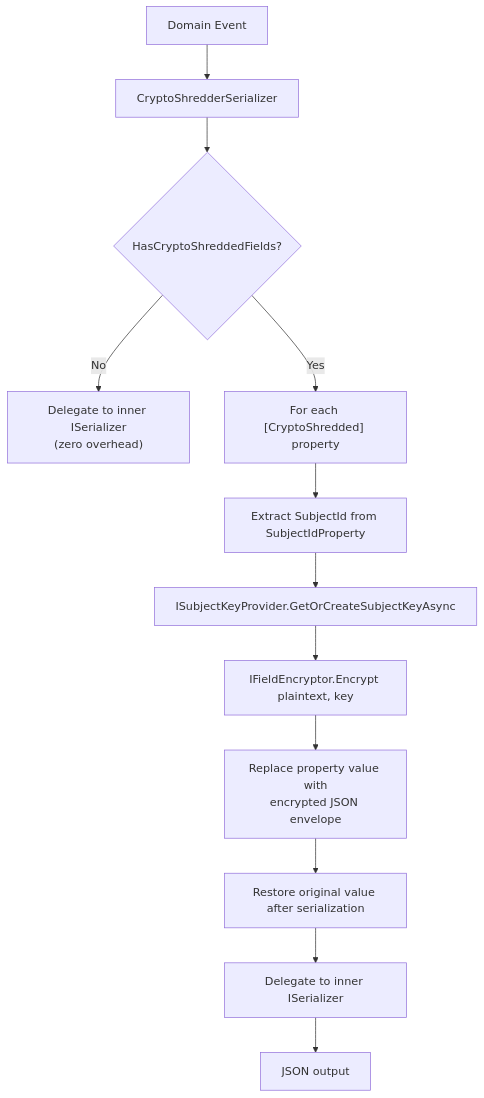
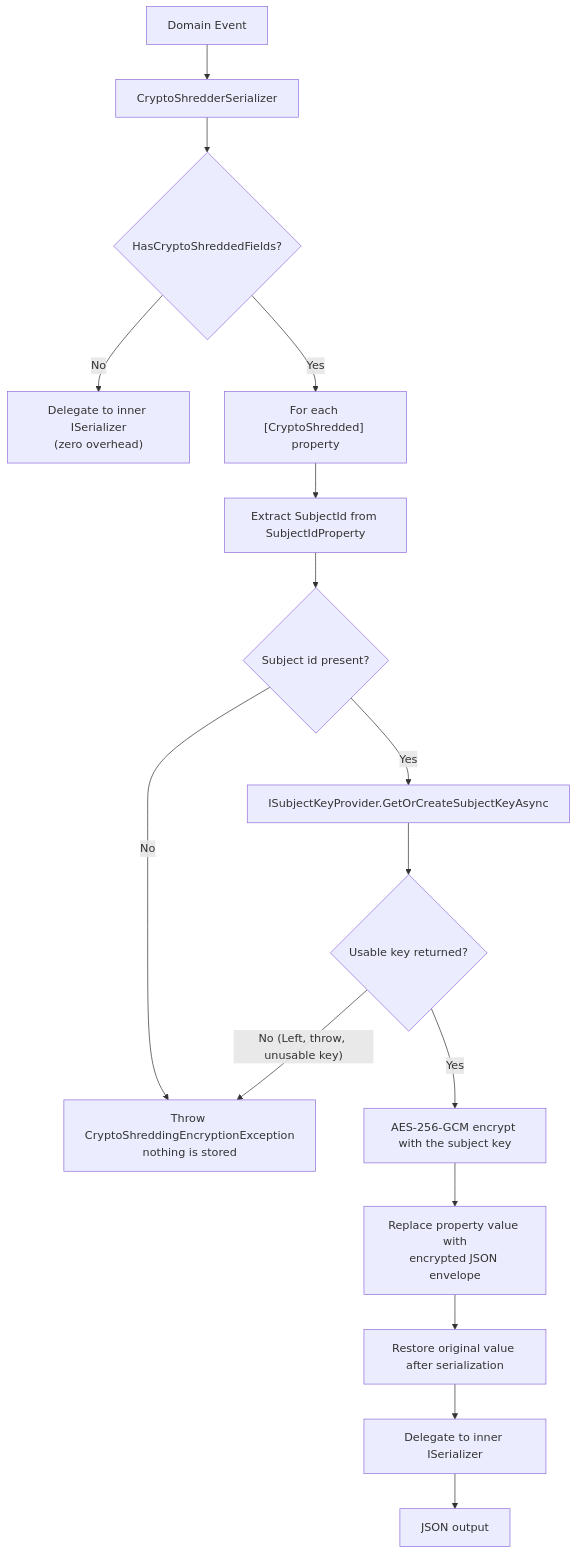
Before and after one commit to dlrivada/Encina: the second of 4 diagrams in docs/features/crypto-shredding.md, drawn with Mermaid. The commit also changed other lines of this file and 30 other files, not shown here.

First line of the commit message:
fix(marten-gdpr): crypto-shredding fails closed instead of storing personal data in plaintext (#1646) (#1696)

````diff
--- a/docs/features/crypto-shredding.md
+++ b/docs/features/crypto-shredding.md
@@ -113,14 +113,18 @@
 ```mermaid
 flowchart TD
     A["Domain Event"] --> B["CryptoShredderSerializer"]
     B --> C{"HasCryptoShreddedFields?"}
     C -- "No" --> D["Delegate to inner ISerializer<br/>(zero overhead)"]
     C -- "Yes" --> E["For each [CryptoShredded] property"]
     E --> F["Extract SubjectId from SubjectIdProperty"]
-    F --> G["ISubjectKeyProvider.GetOrCreateSubjectKeyAsync"]
-    G --> H["IFieldEncryptor.Encrypt plaintext, key"]
+    F --> F2{"Subject id present?"}
+    F2 -- "No" --> X["Throw CryptoShreddingEncryptionException<br/>nothing is stored"]
+    F2 -- "Yes" --> G["ISubjectKeyProvider.GetOrCreateSubjectKeyAsync"]
+    G --> G2{"Usable key returned?"}
+    G2 -- "No (Left, throw, unusable key)" --> X
+    G2 -- "Yes" --> H["AES-256-GCM encrypt with the subject key"]
     H --> I["Replace property value with<br/>encrypted JSON envelope"]
     I --> J["Restore original value after serialization"]
     J --> K["Delegate to inner ISerializer"]
     K --> L["JSON output"]
 ```
````
